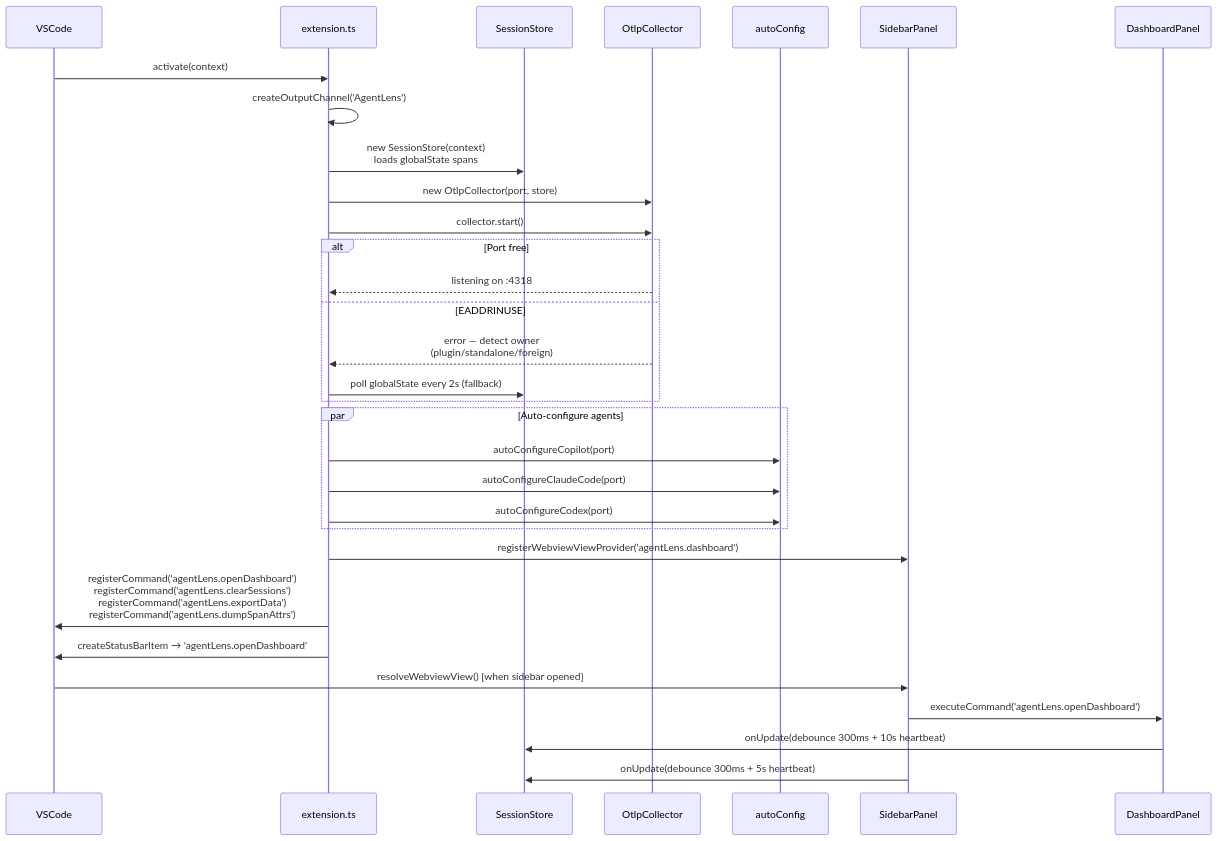
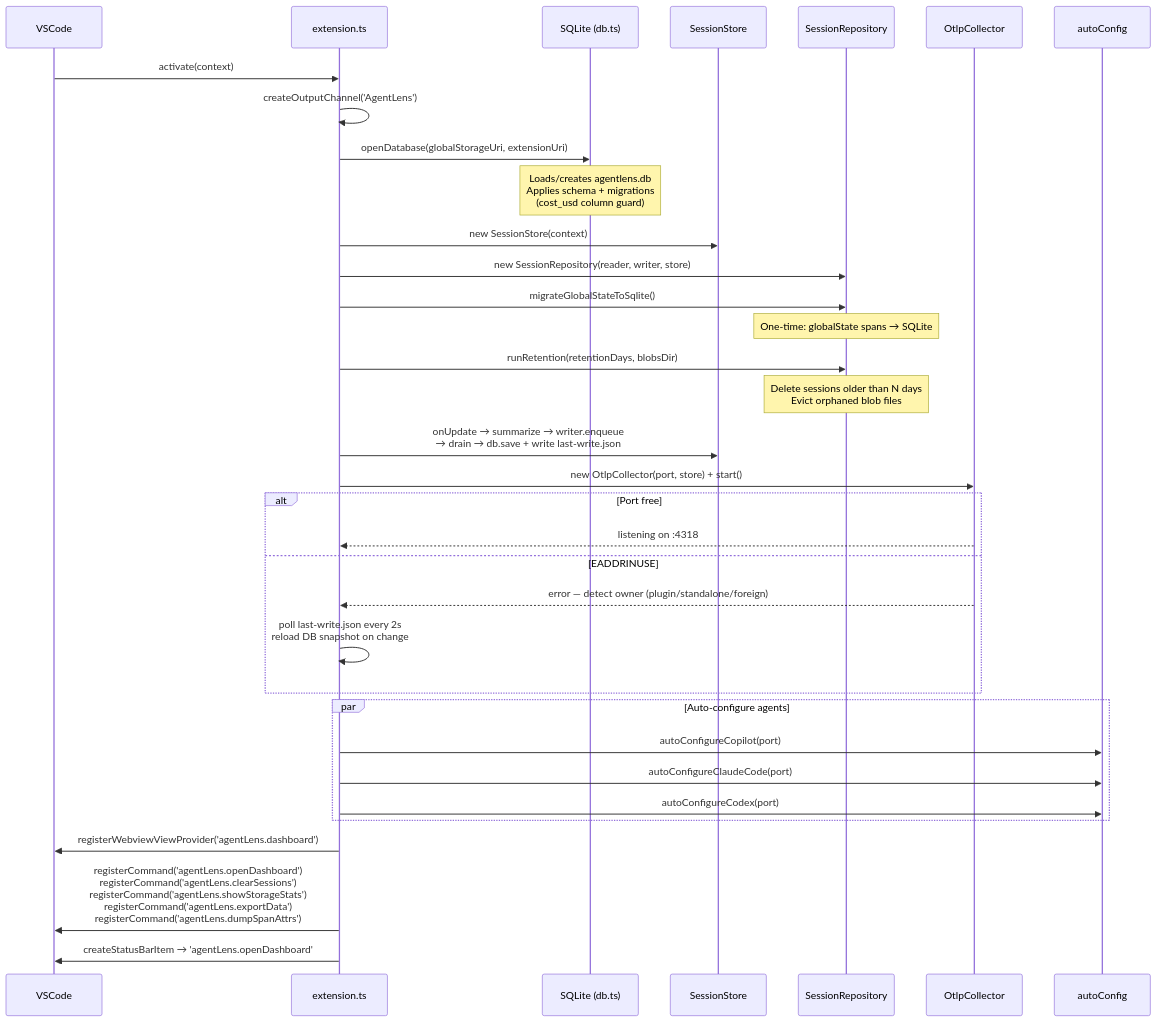
Before and after one commit to RogerReed/agentlens: the second of 18 diagrams in ARCHITECTURE.md, drawn with Mermaid. The commit also changed other lines of this file, not shown here.

Commit message:
docs: rewrite ARCHITECTURE.md for phases 1–4 (SQLite storage, analytics, tab changes)

````diff
--- a/ARCHITECTURE.md
+++ b/ARCHITECTURE.md
@@ -67,34 +70,37 @@
 ```mermaid
 sequenceDiagram
     participant VS as VSCode
     participant EXT as extension.ts
+    participant DB as SQLite (db.ts)
     participant STO as SessionStore
+    participant REPO as SessionRepository
     participant COL as OtlpCollector
     participant CFG as autoConfig
-    participant SID as SidebarPanel
-    participant DASH as DashboardPanel
 
     VS->>EXT: activate(context)
     EXT->>EXT: createOutputChannel('AgentLens')
-    EXT->>STO: new SessionStore(context)<br/>loads globalState spans
-    EXT->>COL: new OtlpCollector(port, store)
-    EXT->>COL: collector.start()
+    EXT->>DB: openDatabase(globalStorageUri, extensionUri)
+    Note over DB: Loads/creates agentlens.db<br/>Applies schema + migrations<br/>(cost_usd column guard)
+    EXT->>STO: new SessionStore(context)
+    EXT->>REPO: new SessionRepository(reader, writer, store)
+    EXT->>REPO: migrateGlobalStateToSqlite()
+    Note over REPO: One-time: globalState spans → SQLite
+    EXT->>REPO: runRetention(retentionDays, blobsDir)
+    Note over REPO: Delete sessions older than N days<br/>Evict orphaned blob files
+    EXT->>STO: onUpdate → summarize → writer.enqueue<br/>→ drain → db.save + write last-write.json
+    EXT->>COL: new OtlpCollector(port, store) + start()
     alt Port free
         COL-->>EXT: listening on :4318
     else EADDRINUSE
-        COL-->>EXT: error — detect owner<br/>(plugin/standalone/foreign)
-        EXT->>STO: poll globalState every 2s (fallback)
+        COL-->>EXT: error — detect owner (plugin/standalone/foreign)
+        EXT->>EXT: poll last-write.json every 2s<br/>reload DB snapshot on change
     end
     par Auto-configure agents
         EXT->>CFG: autoConfigureCopilot(port)
         EXT->>CFG: autoConfigureClaudeCode(port)
         EXT->>CFG: autoConfigureCodex(port)
     end
-    EXT->>SID: registerWebviewViewProvider('agentLens.dashboard')
-    EXT->>VS: registerCommand('agentLens.openDashboard')<br/>registerCommand('agentLens.clearSessions')<br/>registerCommand('agentLens.exportData')<br/>registerCommand('agentLens.dumpSpanAttrs')
+    EXT->>VS: registerWebviewViewProvider('agentLens.dashboard')
+    EXT->>VS: registerCommand('agentLens.openDashboard')<br/>registerCommand('agentLens.clearSessions')<br/>registerCommand('agentLens.showStorageStats')<br/>registerCommand('agentLens.exportData')<br/>registerCommand('agentLens.dumpSpanAttrs')
     EXT->>VS: createStatusBarItem → 'agentLens.openDashboard'
-    VS->>SID: resolveWebviewView() [when sidebar opened]
-    SID->>DASH: executeCommand('agentLens.openDashboard')
-    DASH->>STO: onUpdate(debounce 300ms + 10s heartbeat)
-    SID->>STO: onUpdate(debounce 300ms + 5s heartbeat)
 ```
````
